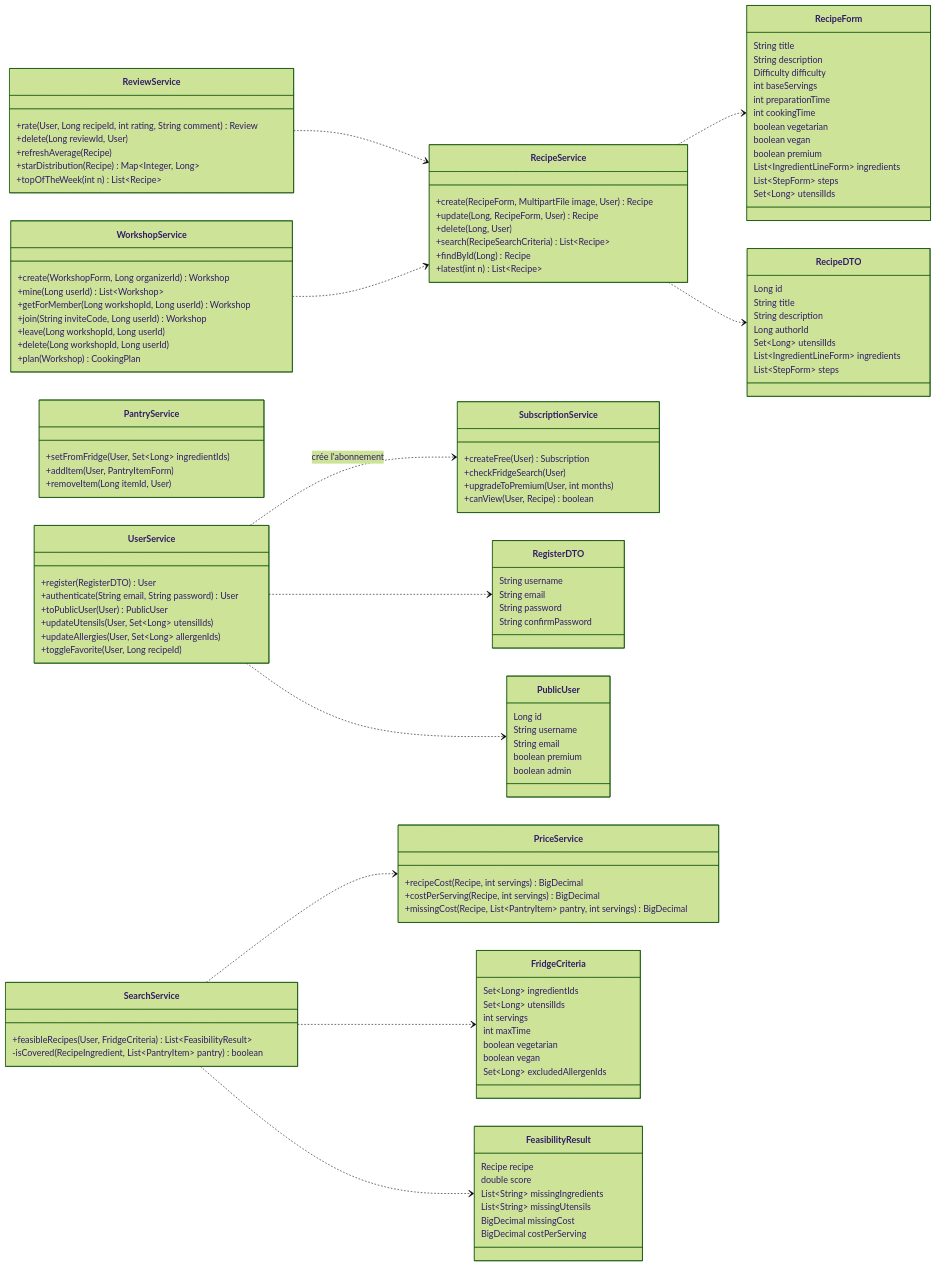
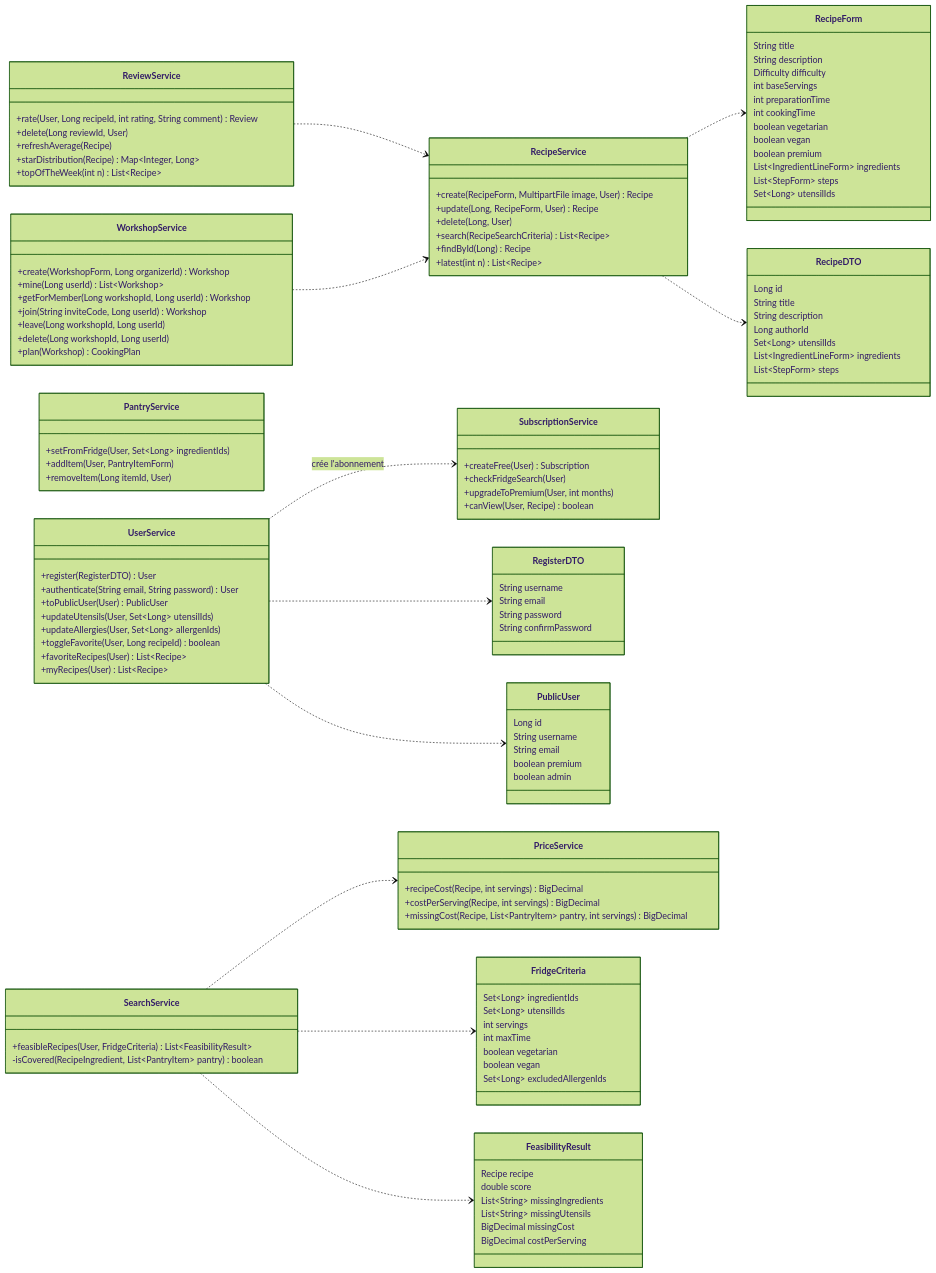
The second of 10 diagrams in diagramme-uml.md (CookieCode5/CookieApp), drawn with Mermaid (forest theme) before and after one commit. The commit also changed other lines of this file, not shown here.

Commit message:
docs(uml): favorites, premium interceptor and recipe category

```diff
--- a/diagramme-uml.md
+++ b/diagramme-uml.md
@@ -286,7 +296,9 @@
         +toPublicUser(User) PublicUser
         +updateUtensils(User, Set~Long~ utensilIds)
         +updateAllergies(User, Set~Long~ allergenIds)
-        +toggleFavorite(User, Long recipeId)
+        +toggleFavorite(User, Long recipeId) boolean
+        +favoriteRecipes(User) List~Recipe~
+        +myRecipes(User) List~Recipe~
     }
     class SubscriptionService {
         +createFree(User) Subscription
```
